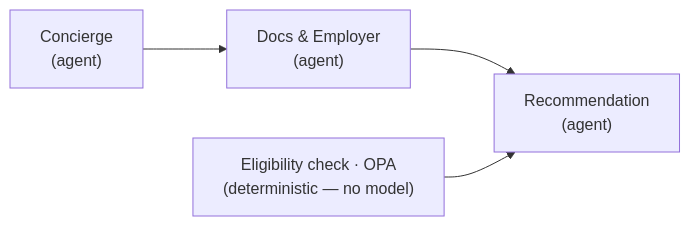
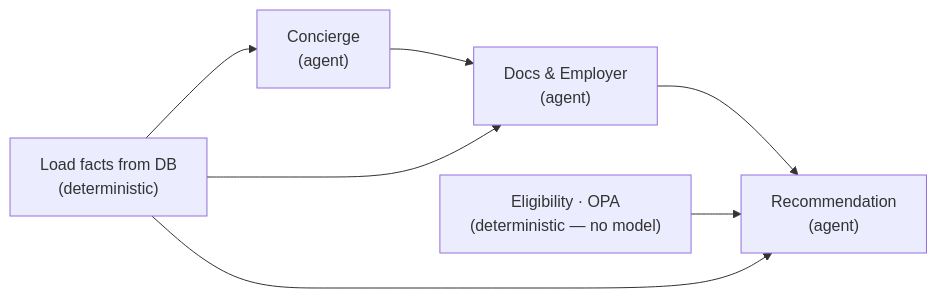
The fifth of 12 diagrams in presentation/deck.md (vmleon/oracle-database-private-agent-factory-poc), drawn with Mermaid before and after one commit. The commit also changed other lines of this file and 1 other file, not shown here.

````diff
--- a/presentation/deck.md
+++ b/presentation/deck.md
@@ -102,5 +92,8 @@
 ```mermaid
 flowchart LR
-    C["Concierge<br/>(agent)"] --> D["Docs & Employer<br/>(agent)"] --> R["Recommendation<br/>(agent)"]
-    EL["Eligibility check · OPA<br/>(deterministic — no model)"] --> R
+    CTX["Load facts from DB<br/>(deterministic)"] --> C["Concierge<br/>(agent)"]
+    C --> D["Docs & Employer<br/>(agent)"] --> R["Recommendation<br/>(agent)"]
+    EL["Eligibility · OPA<br/>(deterministic — no model)"] --> R
+    CTX --> D
+    CTX --> R
 ```
````
